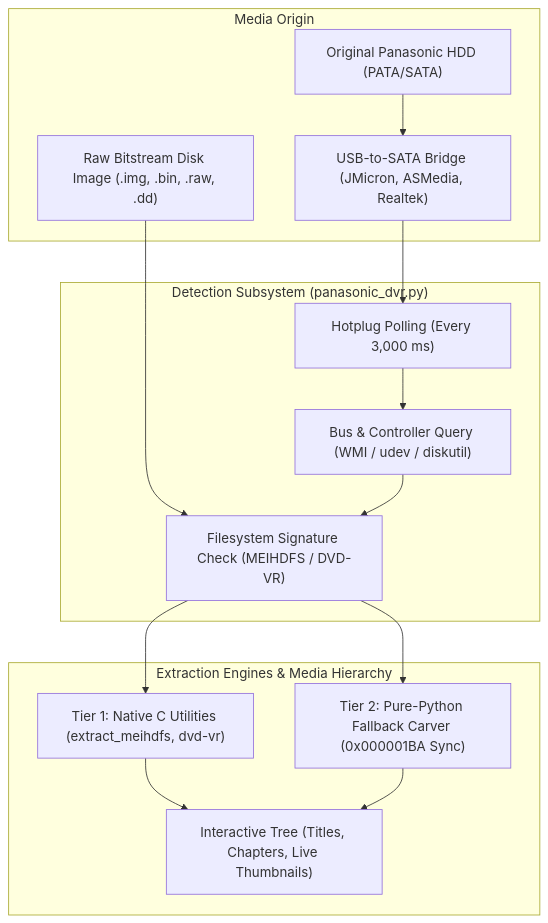
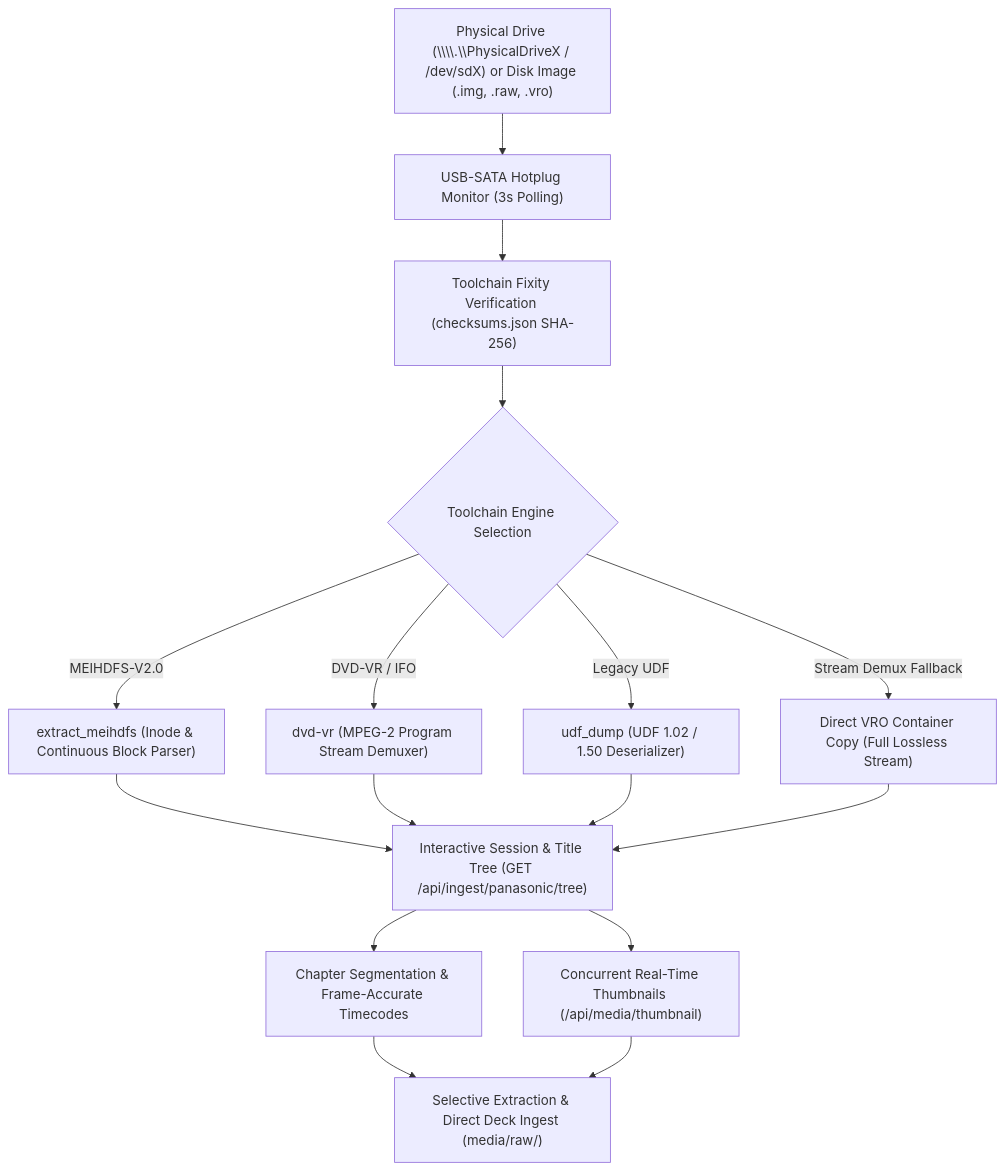
Before and after one commit to orgchrono/vhs-capture-scripts: the diagram in docs/PANASONIC_DVR_GUIDE.md, drawn with Mermaid. The commit also changed other lines of this file and 13 other files, not shown here.

Commit message:
docs: add comprehensive project documentation, Panasonic DVR ingestion engine, and tests

````diff
--- a/docs/PANASONIC_DVR_GUIDE.md
+++ b/docs/PANASONIC_DVR_GUIDE.md
@@ -40,30 +28,23 @@
 ```mermaid
 flowchart TD
-    subgraph Origin ["Media Origin"]
-        HDD["Original Panasonic HDD (PATA/SATA)"]
-        USB_Adapter["USB-to-SATA Bridge (JMicron, ASMedia, Realtek)"]
-        Raw_Image["Raw Bitstream Disk Image (.img, .bin, .raw, .dd)"]
-    end
-
-    subgraph Detection ["Detection Subsystem (panasonic_dvr.py)"]
-        Hotplug["Hotplug Polling (Every 3,000 ms)"]
-        Bus_Detect["Bus & Controller Query (WMI / udev / diskutil)"]
-        Signature["Filesystem Signature Check (MEIHDFS / DVD-VR)"]
-    end
-
-    subgraph Extraction ["Extraction Engines & Media Hierarchy"]
-        Native_C["Tier 1: Native C Utilities (extract_meihdfs, dvd-vr)"]
-        Pure_Python["Tier 2: Pure-Python Fallback Carver (0x000001BA Sync)"]
-        Tree_Gen["Interactive Tree (Titles, Chapters, Live Thumbnails)"]
-    end
-
-    HDD --> USB_Adapter
-    USB_Adapter --> Hotplug
-    Raw_Image --> Signature
-    Hotplug --> Bus_Detect
-    Bus_Detect --> Signature
-    Signature --> Native_C
-    Signature --> Pure_Python
-    Native_C --> Tree_Gen
-    Pure_Python --> Tree_Gen
+    Drive["Physical Drive (\\\\.\\PhysicalDriveX / /dev/sdX) or Disk Image (.img, .raw, .vro)"] --> Hotplug["USB-SATA Hotplug Monitor (3s Polling)"]
+    Hotplug --> Verify["Toolchain Fixity Verification (checksums.json SHA-256)"]
+    
+    Verify --> ToolSelect{"Toolchain Engine Selection"}
+    
+    ToolSelect -->|"MEIHDFS-V2.0"| ExtractMeihdfs["extract_meihdfs (Inode & Continuous Block Parser)"]
+    ToolSelect -->|"DVD-VR / IFO"| DvdVr["dvd-vr (MPEG-2 Program Stream Demuxer)"]
+    ToolSelect -->|"Legacy UDF"| UdfDump["udf_dump (UDF 1.02 / 1.50 Deserializer)"]
+    ToolSelect -->|"Stream Demux Fallback"| VroCopy["Direct VRO Container Copy (Full Lossless Stream)"]
+    
+    ExtractMeihdfs --> Tree["Interactive Session & Title Tree (GET /api/ingest/panasonic/tree)"]
+    DvdVr --> Tree
+    UdfDump --> Tree
+    VroCopy --> Tree
+    
+    Tree --> Thumbs["Concurrent Real-Time Thumbnails (/api/media/thumbnail)"]
+    Tree --> Chapters["Chapter Segmentation & Frame-Accurate Timecodes"]
+    
+    Chapters --> Export["Selective Extraction & Direct Deck Ingest (media/raw/)"]
+    Thumbs --> Export
 ```
````
